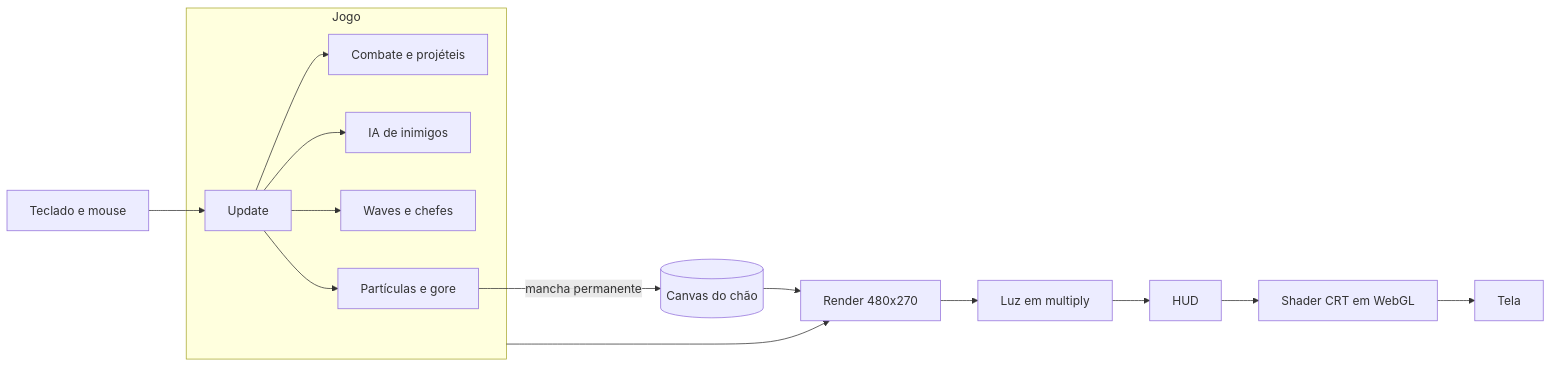
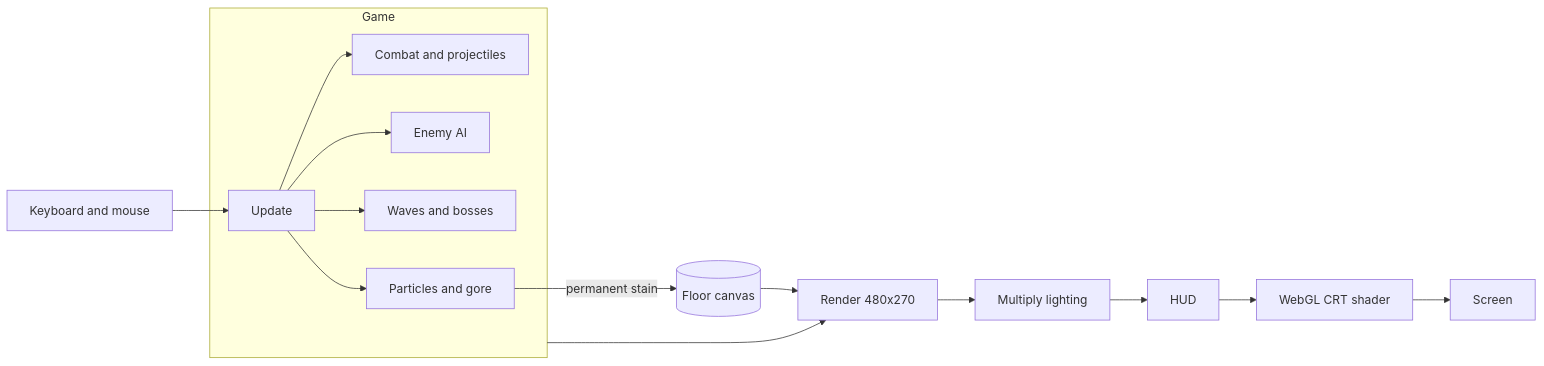
One commit to akanyane/dead-pixel changed the first of 2 diagrams in README.md. Above: the diagram before and after it, drawn with Mermaid. The commit also changed other lines of this file and 20 other files, not shown here.

````diff
--- a/README.md
+++ b/README.md
@@ -340,17 +340,17 @@
 ```mermaid
 flowchart LR
-    I[Teclado e mouse] --> U[Update]
-    subgraph Jogo
-        U --> C[Combate e projéteis]
-        U --> E[IA de inimigos]
-        U --> D[Waves e chefes]
-        U --> F[Partículas e gore]
+    I[Keyboard and mouse] --> U[Update]
+    subgraph Game
+        U --> C[Combat and projectiles]
+        U --> E[Enemy AI]
+        U --> D[Waves and bosses]
+        U --> F[Particles and gore]
     end
-    F -- mancha permanente --> M[(Canvas do chão)]
-    Jogo --> R[Render 480x270]
+    F -- permanent stain --> M[(Floor canvas)]
+    Game --> R[Render 480x270]
     M --> R
-    R --> L[Luz em multiply]
+    R --> L[Multiply lighting]
     L --> H[HUD]
-    H --> W[Shader CRT em WebGL]
-    W --> S[Tela]
+    H --> W[WebGL CRT shader]
+    W --> S[Screen]
 ```
````
